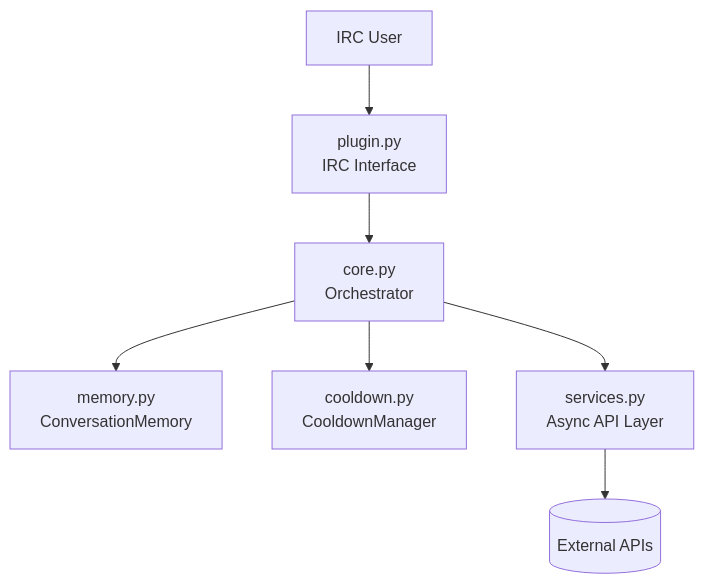
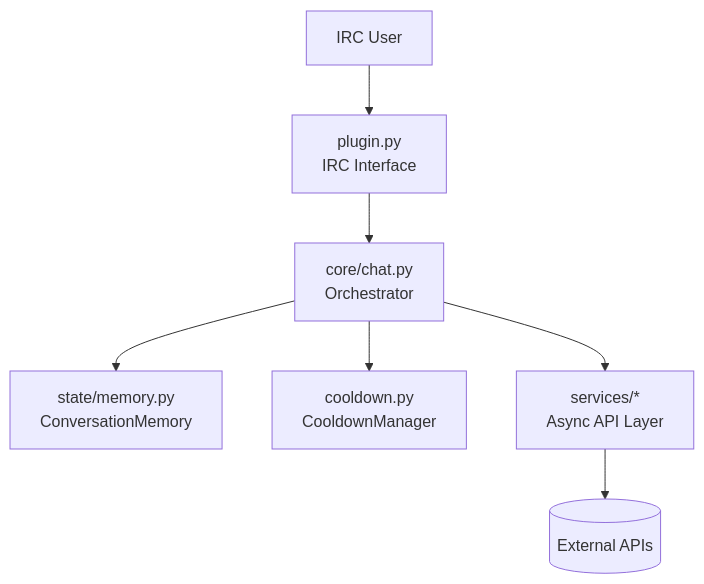
Before and after one commit to Alcheri/Limnoria-plugins: the first of 6 diagrams in docs/architecture.md, drawn with Mermaid. The commit also changed other lines of this file and 21 other files, not shown here.

````diff
--- a/docs/architecture.md
+++ b/docs/architecture.md
@@ -13,12 +13,12 @@
 ```mermaid
 flowchart TD
     IRC[IRC User] --> Plugin[plugin.py<br/>IRC Interface]
 
-    Plugin --> Core[core.py<br/>Orchestrator]
+    Plugin --> Core[core/chat.py<br/>Orchestrator]
 
-    Core --> Memory[memory.py<br/>ConversationMemory]
+    Core --> Memory[state/memory.py<br/>ConversationMemory]
     Core --> Cooldown[cooldown.py<br/>CooldownManager]
-    Core --> Services[services.py<br/>Async API Layer]
+    Core --> Services[services/*<br/>Async API Layer]
 
     Services --> External[(External APIs)]
 ```
````
